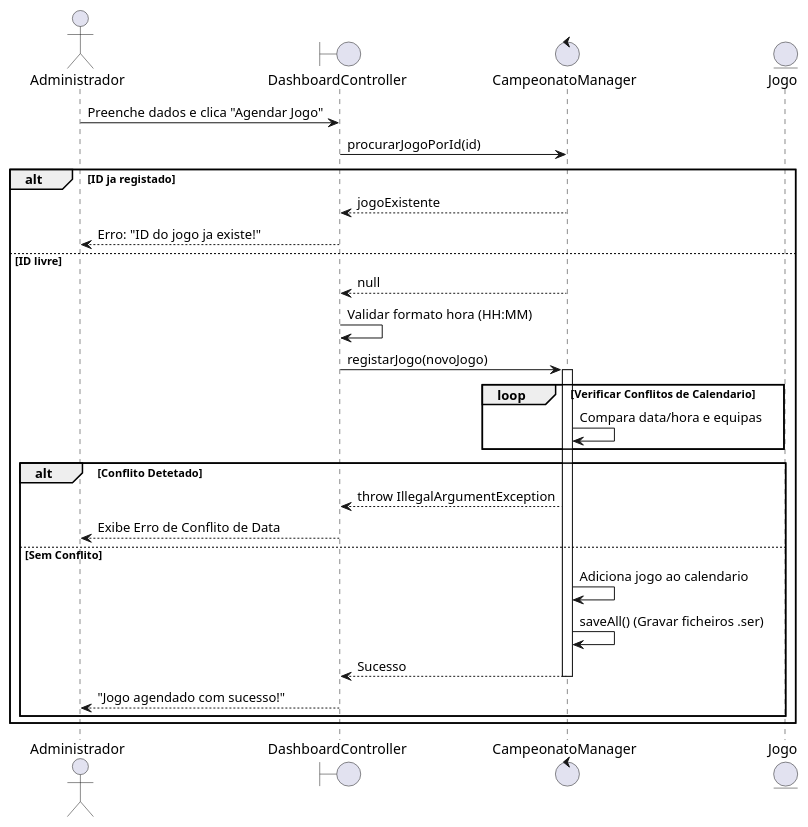
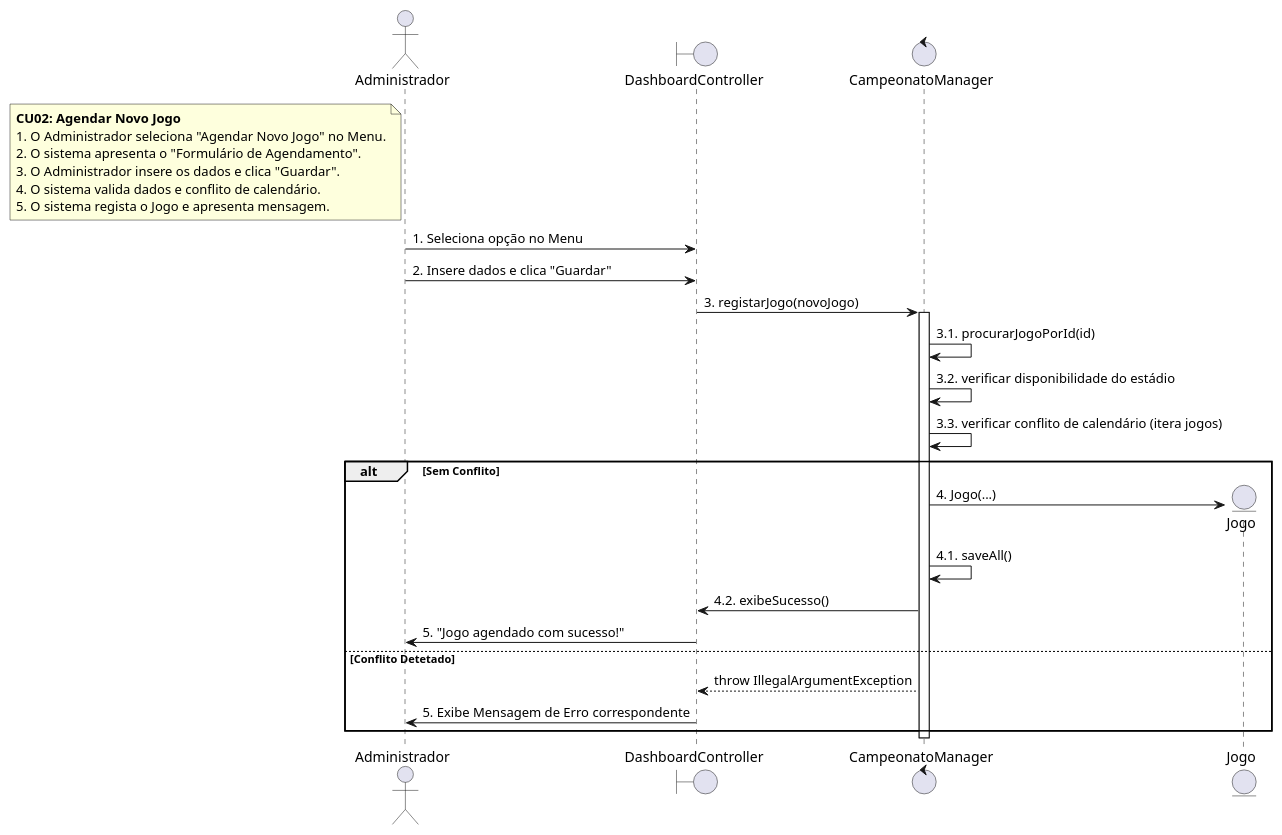
One commit to experimentos373-creator/ES changed the ninth of 13 diagrams in documentacao_fase2/7_diagramas_vp.md. Above: the diagram before and after it, drawn with PlantUML. The commit also changed other lines of this file and 113 other files, not shown here.

````diff
--- a/documentacao_fase2/7_diagramas_vp.md
+++ b/documentacao_fase2/7_diagramas_vp.md
@@ -145,33 +263,36 @@
 ```plantuml
 @startuml
 actor "Administrador" as A
 boundary "DashboardController" as B
 control "CampeonatoManager" as C
-entity "Jogo" as E
+entity "Jogo" as J
 
-A -> B: Preenche dados e clica "Agendar Jogo"
-B -> C: procurarJogoPorId(id)
-alt ID ja registado
-    C --> B: jogoExistente
-    B --> A: Erro: "ID do jogo ja existe!"
-else ID livre
-    C --> B: null
-    B -> B: Validar formato hora (HH:MM)
-    B -> C: registarJogo(novoJogo)
-    activate C
-    loop Verificar Conflitos de Calendario
-        C -> C: Compara data/hora e equipas
-    end
-    alt Conflito Detetado
-        C --> B: throw IllegalArgumentException
-        B --> A: Exibe Erro de Conflito de Data
-    else Sem Conflito
-        C -> C: Adiciona jogo ao calendario
-        C -> C: saveAll() (Gravar ficheiros .ser)
-        C --> B: Sucesso
-        deactivate C
-        B --> A: "Jogo agendado com sucesso!"
-    end
+note left of A
+  **CU02: Agendar Novo Jogo**
+  1. O Administrador seleciona "Agendar Novo Jogo" no Menu.
+  2. O sistema apresenta o "Formulário de Agendamento".
+  3. O Administrador insere os dados e clica "Guardar".
+  4. O sistema valida dados e conflito de calendário.
+  5. O sistema regista o Jogo e apresenta mensagem.
+end note
+
+A -> B: 1. Seleciona opção no Menu
+A -> B: 2. Insere dados e clica "Guardar"
+B -> C: 3. registarJogo(novoJogo)
+activate C
+C -> C: 3.1. procurarJogoPorId(id)
+C -> C: 3.2. verificar disponibilidade do estádio
+C -> C: 3.3. verificar conflito de calendário (itera jogos)
+alt Sem Conflito
+    create J
+    C -> J: 4. Jogo(...)
+    C -> C: 4.1. saveAll()
+    C -> B: 4.2. exibeSucesso()
+    B -> A: 5. "Jogo agendado com sucesso!"
+else Conflito Detetado
+    C --> B: throw IllegalArgumentException
+    B -> A: 5. Exibe Mensagem de Erro correspondente
 end
-@endum
+deactivate C
+@enduml
 ```
````
